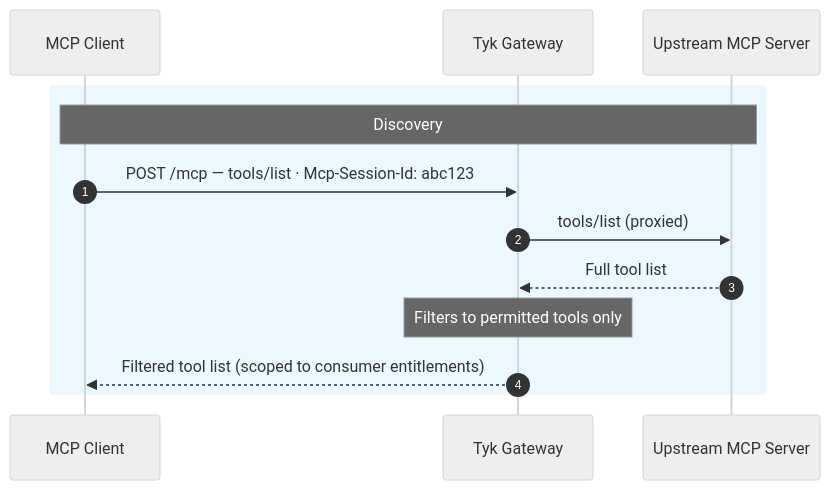
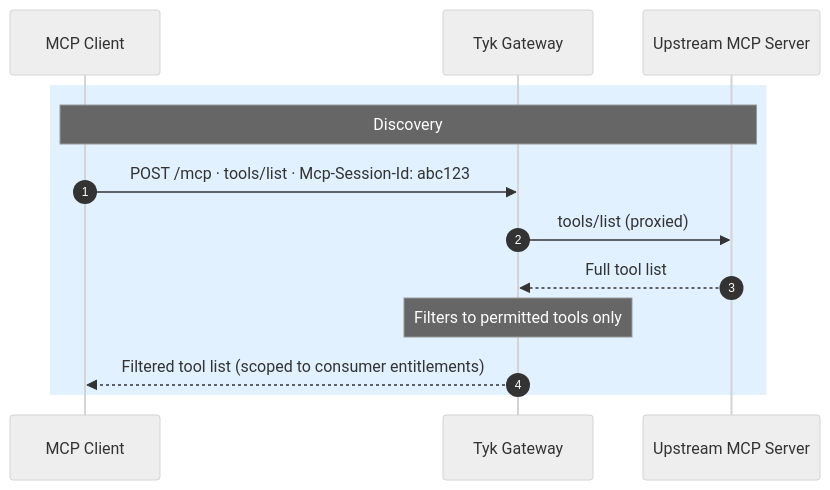
One commit to TykTechnologies/tyk-docs changed the third of 5 diagrams in ai-management/mcp-gateway/core-concepts.mdx. Above: the diagram before and after it, drawn with Mermaid (neutral theme). The commit also changed other lines of this file and 17 other files, not shown here.

````diff
--- a/ai-management/mcp-gateway/core-concepts.mdx
+++ b/ai-management/mcp-gateway/core-concepts.mdx
@@ -210,16 +241,16 @@
 ```mermaid
 sequenceDiagram
     autonumber
     participant C as MCP Client
     participant T as Tyk Gateway
     participant U as Upstream MCP Server
 
-    rect rgb(235, 248, 255)
+    rect rgba(56, 160, 255, 0.15)
         Note over C,U: Discovery
-        C->>T: POST /mcp — tools/list · Mcp-Session-Id: abc123
+        C->>T: POST /mcp · tools/list · Mcp-Session-Id: abc123
         T->>U: tools/list (proxied)
         U-->>T: Full tool list
         Note over T: Filters to permitted tools only
         T-->>C: Filtered tool list (scoped to consumer entitlements)
     end
 ```
````
